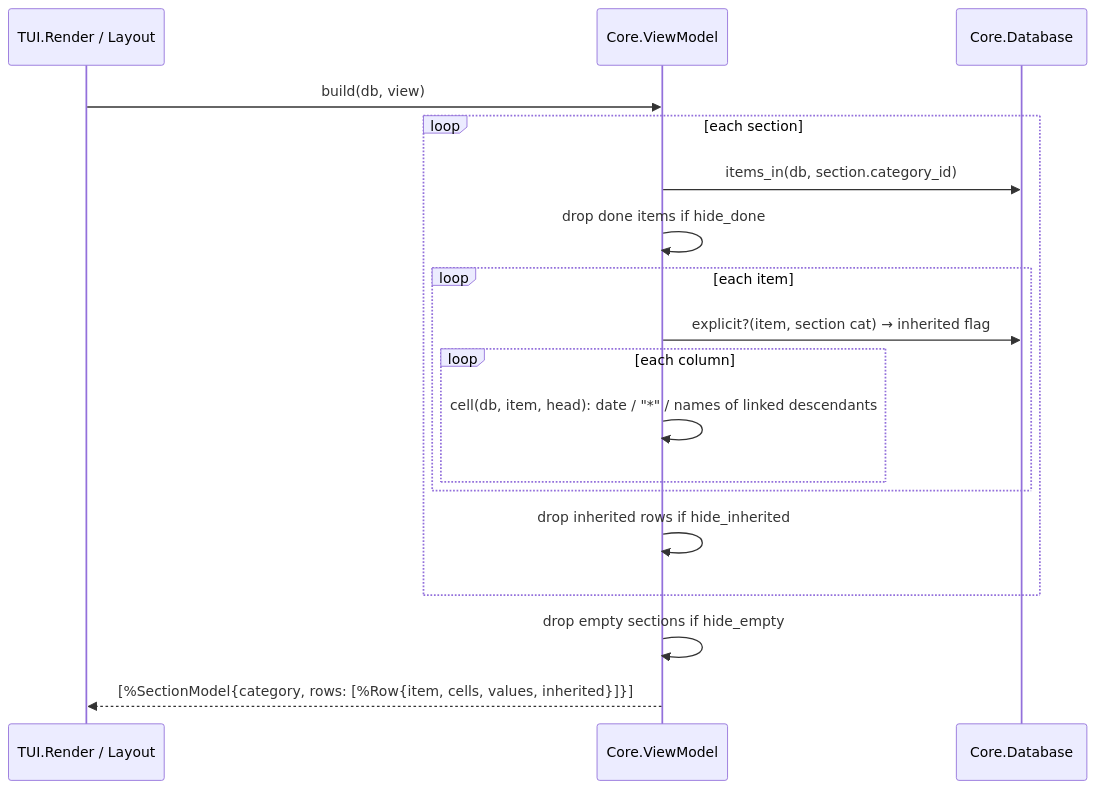
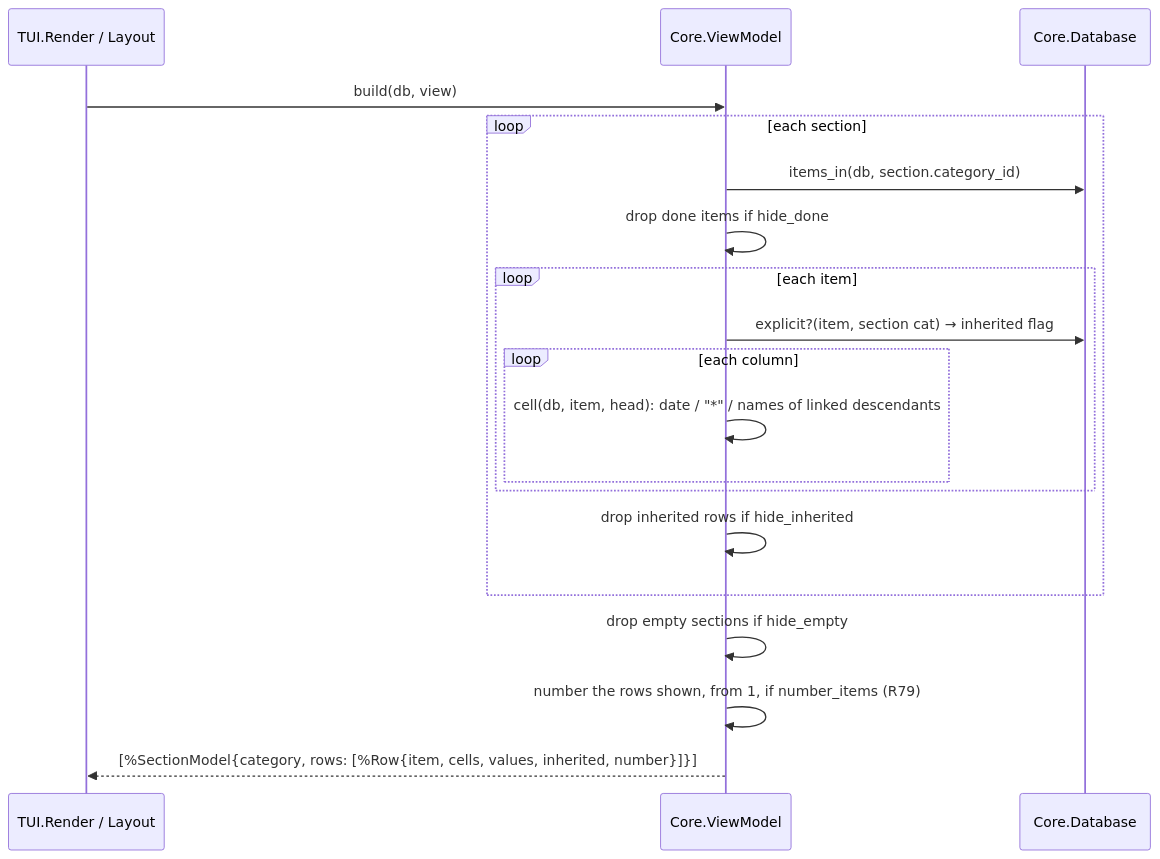
Before and after one commit to jamting/agendum: the seventh of 7 diagrams in docs/DATA_ACCESS.md, drawn with Mermaid. The commit also changed other lines of this file and 26 other files, not shown here.

First line of the commit message:
View Properties ▸ Number items: items numbered 1, 2, 3 … in each section (R79)

````diff
--- a/docs/DATA_ACCESS.md
+++ b/docs/DATA_ACCESS.md
@@ -340,20 +340,21 @@
 ```mermaid
 sequenceDiagram
     participant R as TUI.Render / Layout
     participant VM as Core.ViewModel
     participant D as Core.Database
     R->>VM: build(db, view)
     loop each section
         VM->>D: items_in(db, section.category_id)
         VM->>VM: drop done items if hide_done
         loop each item
             VM->>D: explicit?(item, section cat) → inherited flag
             loop each column
                 VM->>VM: cell(db, item, head): date / "*" / names of linked descendants
             end
         end
         VM->>VM: drop inherited rows if hide_inherited
     end
     VM->>VM: drop empty sections if hide_empty
-    VM-->>R: [%SectionModel{category, rows: [%Row{item, cells, values, inherited}]}]
+    VM->>VM: number the rows shown, from 1, if number_items (R79)
+    VM-->>R: [%SectionModel{category, rows: [%Row{item, cells, values, inherited, number}]}]
 ```
````
